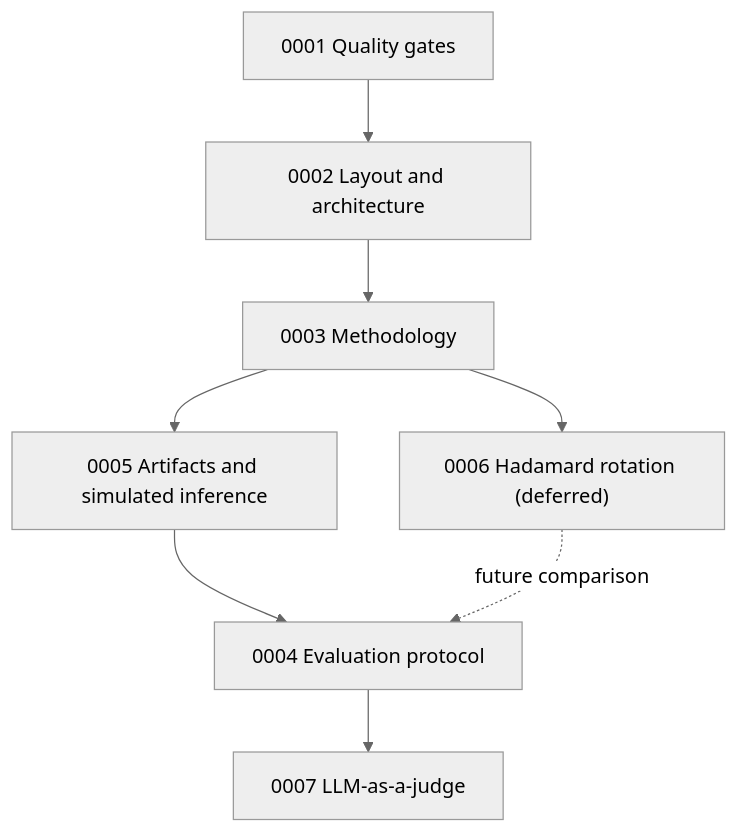
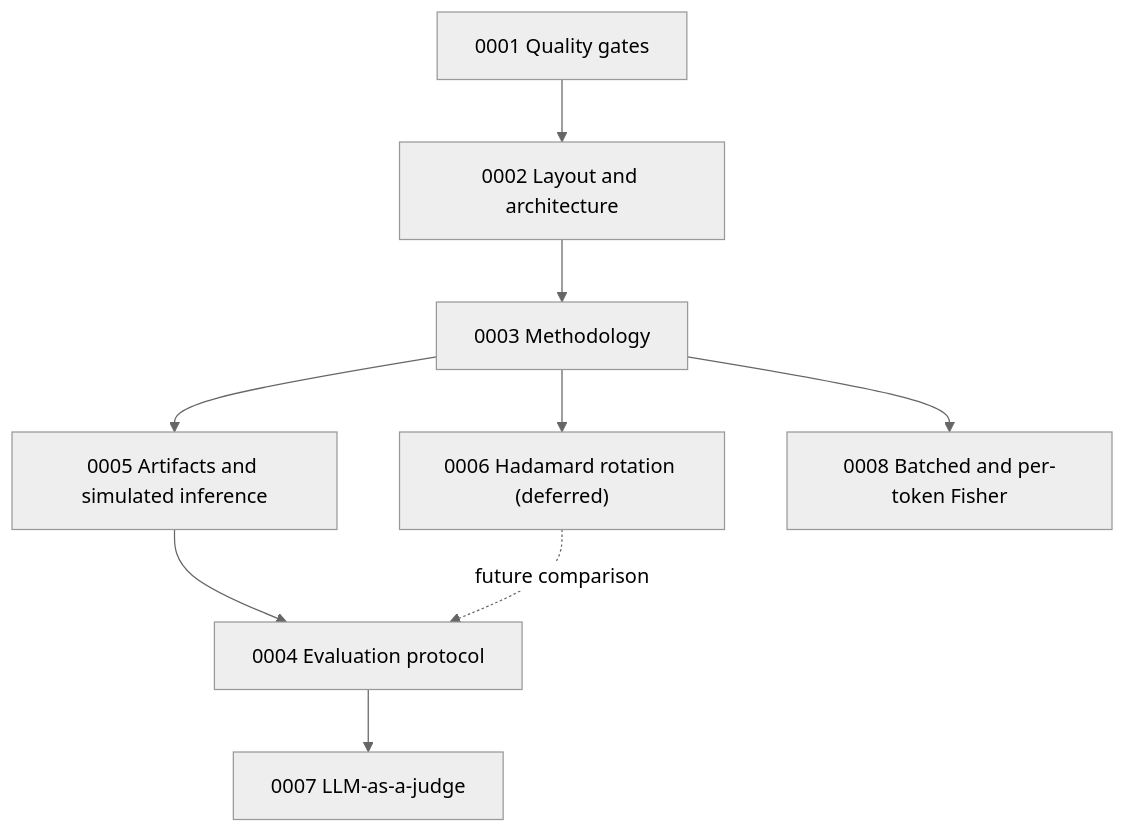
One commit to jchavez3019/AnyPrecisionLLM_Experimentation changed the diagram in docs/adr/README.md. Above: the diagram before and after it, drawn with Mermaid (neutral theme). The commit also changed other lines of this file and 29 other files, not shown here.

````diff
--- a/docs/adr/README.md
+++ b/docs/adr/README.md
@@ -36,10 +38,11 @@
 ```mermaid
 flowchart TD
     a1["0001 Quality gates"] --> a2["0002 Layout and architecture"]
     a2 --> a3["0003 Methodology"]
     a3 --> a5["0005 Artifacts and simulated inference"]
     a5 --> a4["0004 Evaluation protocol"]
     a3 --> a6["0006 Hadamard rotation (deferred)"]
     a6 -.->|future comparison| a4
     a4 --> a7["0007 LLM-as-a-judge"]
+    a3 --> a8["0008 Batched and per-token Fisher"]
 ```
````
